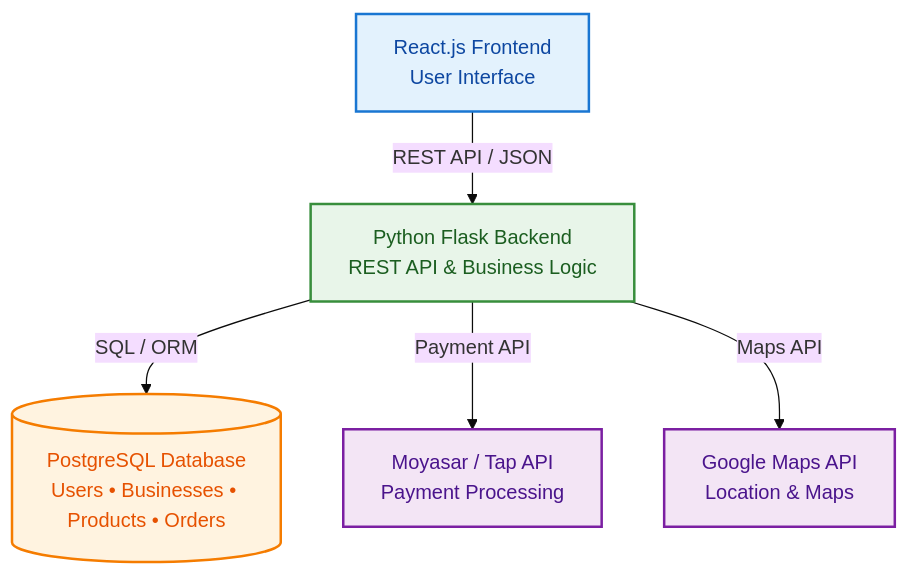
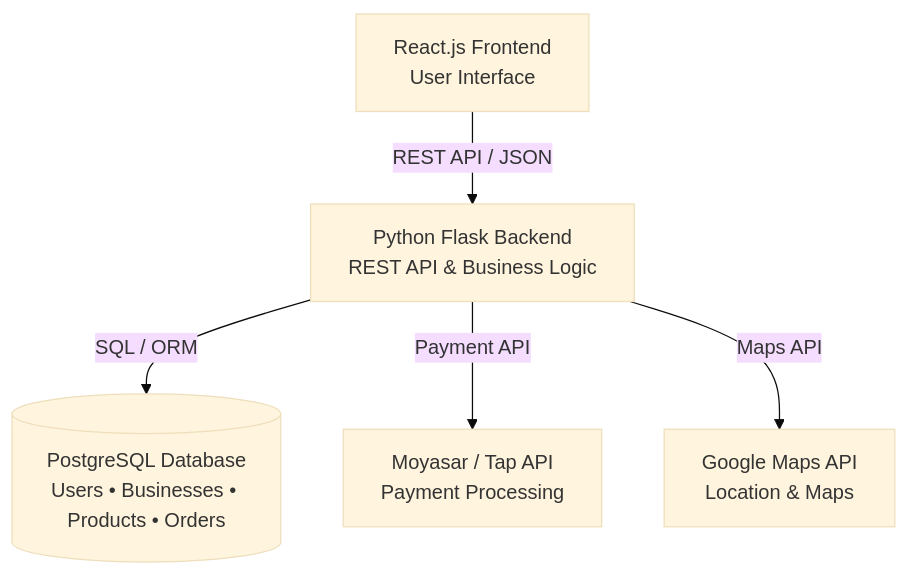
The first of 3 diagrams in Stage3/README.md (Ryma976/Portfolio_Project), drawn with Mermaid (base theme) before and after one commit. The commit also changed other lines of this file, not shown here.

Commit message:
Update System Architecture section in README
Removed styling definitions from the system architecture diagram in README.

````diff
--- a/Stage3/README.md
+++ b/Stage3/README.md
@@ -51,35 +51,30 @@
 ```mermaid
 flowchart TB
 
     %% Frontend
     A[" React.js Frontend<br/>User Interface"] 
     
     %% Backend
     B[" Python Flask Backend<br/>REST API & Business Logic"]
 
     %% Database
     C[(" PostgreSQL Database<br/>Users • Businesses • Products • Orders")]
 
     %% External Services
     D[" Moyasar / Tap API<br/>Payment Processing"]
     E[" Google Maps API<br/>Location & Maps"]
 
     %% Main Flow
     A -->|"REST API / JSON"| B
     B -->|"SQL / ORM"| C
 
     %% External APIs
     B -->|"Payment API"| D
     B -->|"Maps API"| E
 
-    %% Styling
-    classDef frontend fill:#E3F2FD,stroke:#1976D2,stroke-width:2px,color:#0D47A1
-    classDef backend fill:#E8F5E9,stroke:#388E3C,stroke-width:2px,color:#1B5E20
-    classDef database fill:#FFF3E0,stroke:#F57C00,stroke-width:2px,color:#E65100
-    classDef external fill:#F3E5F5,stroke:#7B1FA2,stroke-width:2px,color:#4A148C
-
+    
     class A frontend
     class B backend
     class C database
     class D,E external
 ```
````
